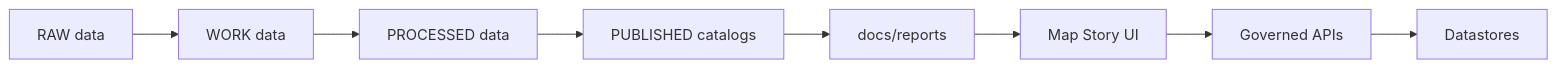
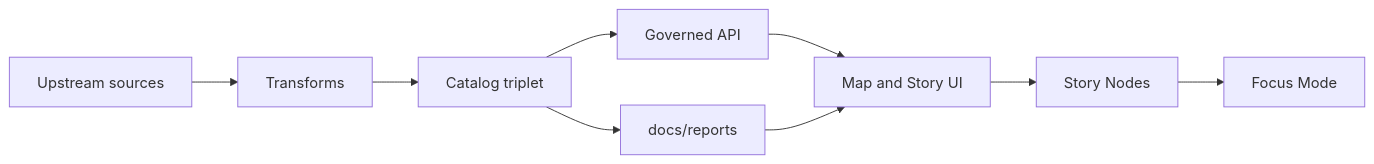
Before and after one commit to bartytime4life/Kansas-Frontier-Matrix: the diagram in docs/reports/README.md, drawn with Mermaid. The commit also changed other lines of this file, not shown here.

First line of the commit message:
Revise README for Kansas Frontier Matrix reports

````diff
--- a/docs/reports/README.md
+++ b/docs/reports/README.md
@@ -63,8 +88,13 @@
 ```mermaid
 flowchart LR
-  raw[RAW data] --> work[WORK data] --> proc[PROCESSED data] --> pub[PUBLISHED catalogs]
-  pub --> reports[docs/reports]
-  reports --> ui[Map Story UI]
-  ui --> api[Governed APIs]
-  api --> stores[Datastores]
+  upstream[Upstream sources] --> pipeline[Transforms]
+  pipeline --> catalogs[Catalog triplet]
+  catalogs --> api[Governed API]
+  api --> ui[Map and Story UI]
+
+  catalogs --> reports[docs/reports]
+  reports --> ui
+
+  ui --> stories[Story Nodes]
+  stories --> focus[Focus Mode]
 ```
````
